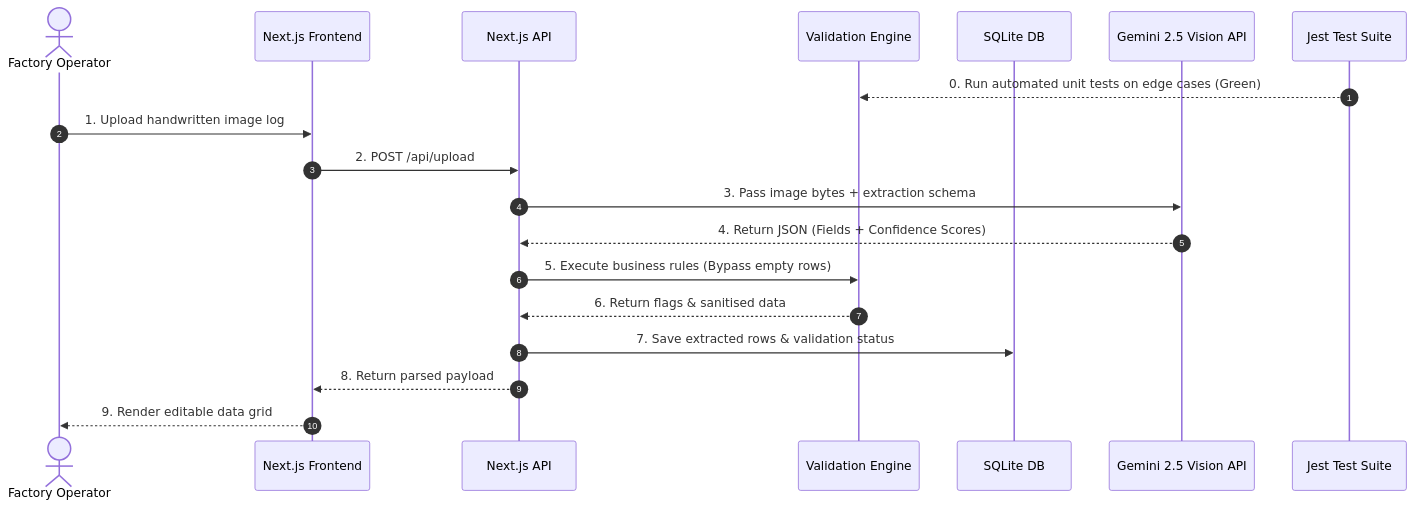
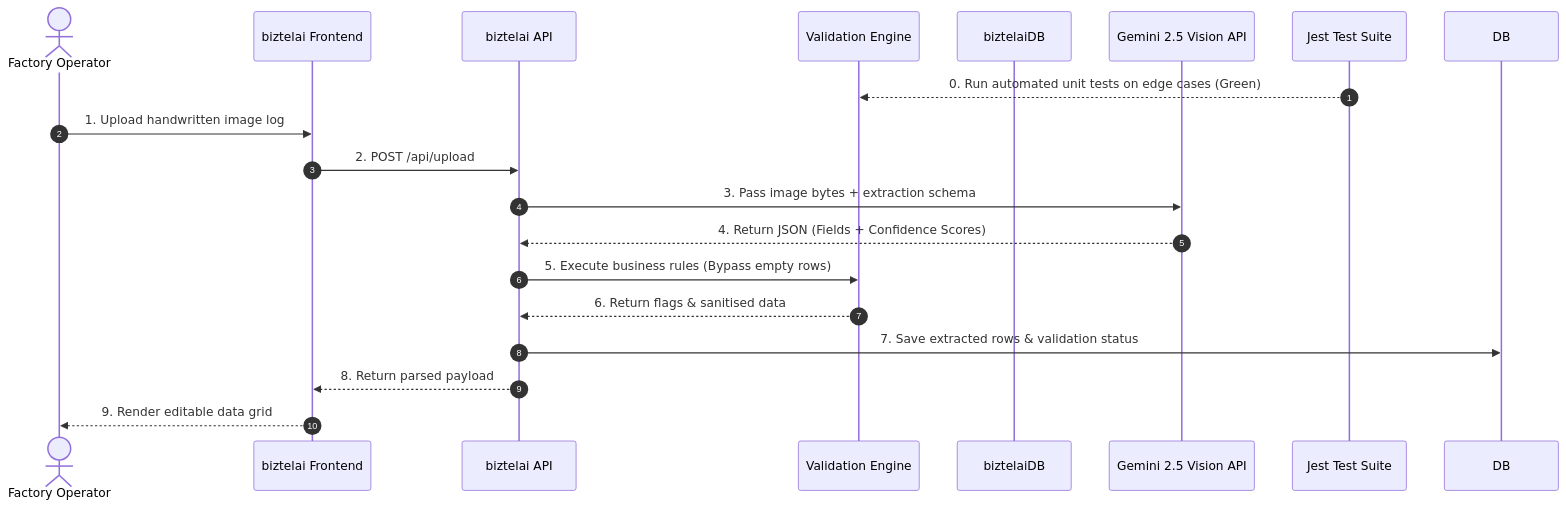
The fourth of 8 diagrams in README.md (nanthitha25/biztelai), drawn with Mermaid before and after one commit. The commit also changed other lines of this file, not shown here.

````diff
--- a/README.md
+++ b/README.md
@@ -175,22 +175,22 @@
 ```mermaid
 sequenceDiagram
     autonumber
     actor Operator as Factory Operator
-    participant UI as Next.js Frontend
-    participant API as Next.js API
+    participant UI as biztelai Frontend
+    participant API as biztelai API
     participant Validation as Validation Engine
-    participant DB as SQLite DB
+    participant  biztelaiDB
     participant Gemini as Gemini 2.5 Vision API
     participant Tests as Jest Test Suite
 
     Tests-->>Validation: 0. Run automated unit tests on edge cases (Green)
     Operator->>UI: 1. Upload handwritten image log
     UI->>API: 2. POST /api/upload
     API->>Gemini: 3. Pass image bytes + extraction schema
     Gemini-->>API: 4. Return JSON (Fields + Confidence Scores)
     API->>Validation: 5. Execute business rules (Bypass empty rows)
     Validation-->>API: 6. Return flags & sanitised data
     API->>DB: 7. Save extracted rows & validation status
     API-->>UI: 8. Return parsed payload
     UI-->>Operator: 9. Render editable data grid
 ```
````
